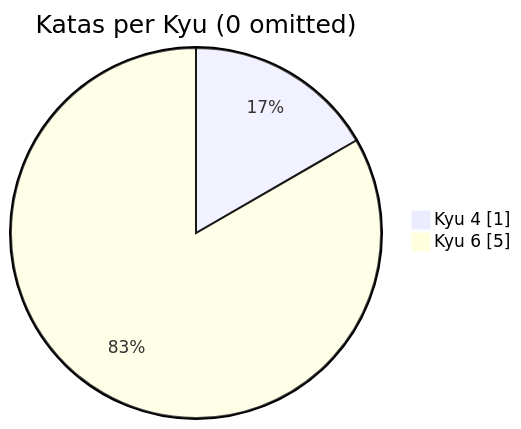
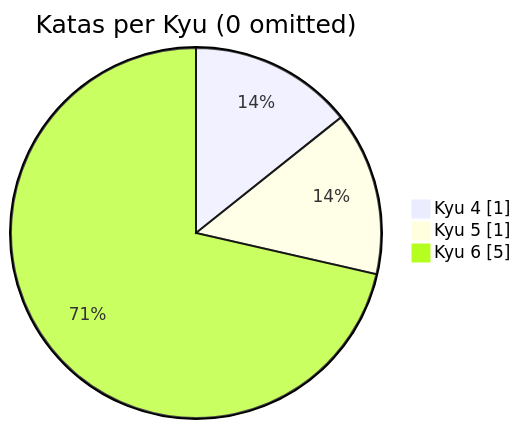
One commit to eyyMinda/KataVault changed the diagram in README.md. Above: the diagram before and after it, drawn with Mermaid. The commit also changed other lines of this file, not shown here.

````diff
--- a/README.md
+++ b/README.md
@@ -21,6 +21,7 @@
 ```mermaid
 pie showData
     title Katas per Kyu (0 omitted)
 	"Kyu 4": 1
+	"Kyu 5": 1
 	"Kyu 6": 5
 ```
````
